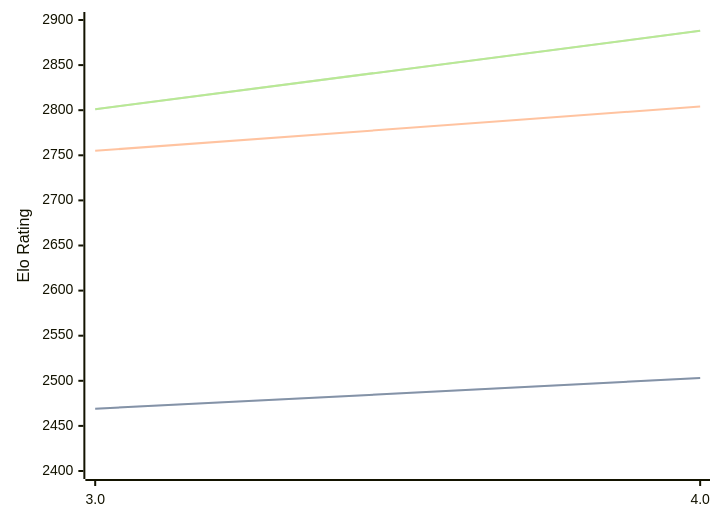
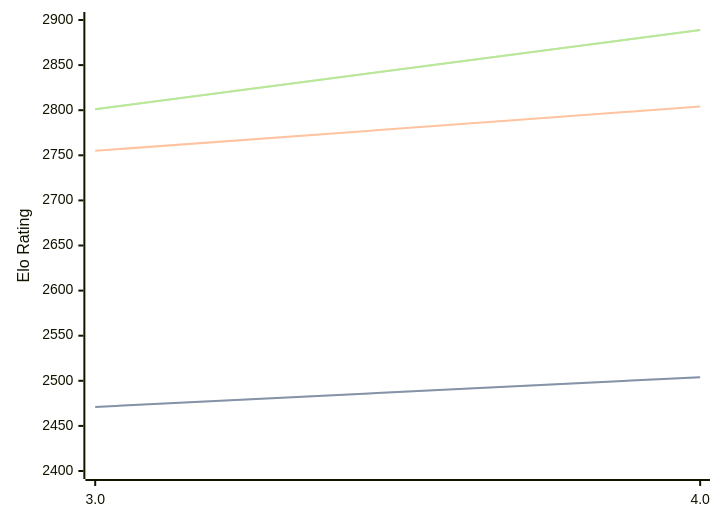
Before and after one commit to computer-chess-index/cci: the diagram in engines/Chess3.md, drawn with Mermaid. The commit also changed other lines of this file, not shown here.

Commit message:
Update CCI Ratings (ELO VLTC) - 2026-09-07

````diff
--- a/engines/Chess3.md
+++ b/engines/Chess3.md
@@ -32,11 +32,11 @@
 ```mermaid
 %%{init: {"theme":"base","themeVariables":{"seriesColors:['#a3a3a3','#222221','#faa371']}}}%%
 xychart-beta
   x-axis ["3.0", "4.0"]
   y-axis "Elo Rating" 2400 --> 2900
-  line "" [2469, 2503]
-  line "STC (8.0+0.08s)" [2469, 2503]
+  line "" [2471, 2504]
+  line "STC (8.0+0.08s)" [2471, 2504]
   line "LTC (60.0+0.60s)" [2755, 2804]
-  line "" [2801, 2888]
-  line "VLTC (2m24s+1.12s)" [2801, 2888]
+  line "" [2801, 2889]
+  line "VLTC (2m24s+1.12s)" [2801, 2889]
 ```
````
